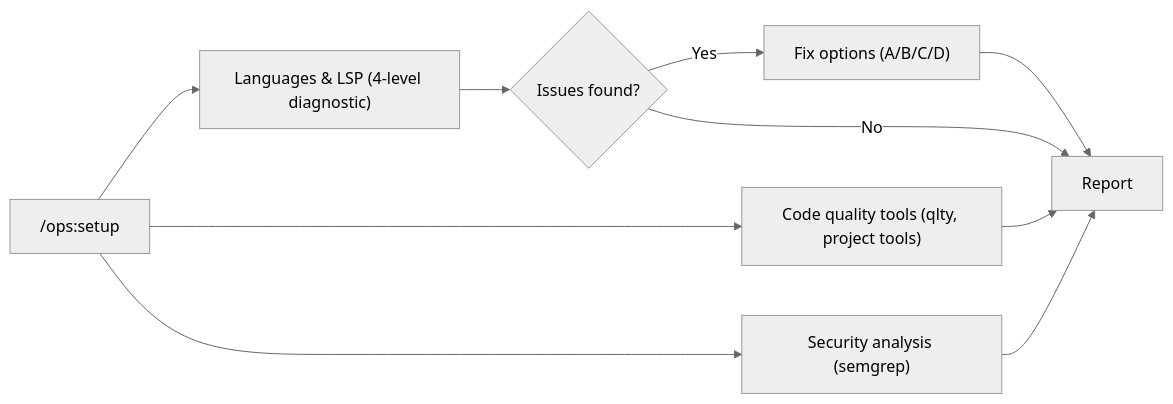
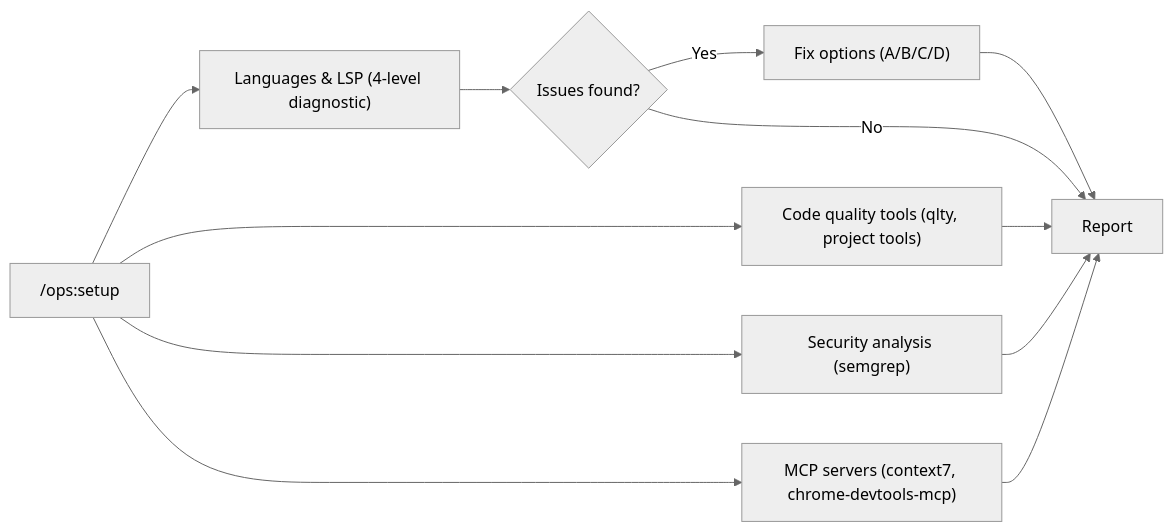
One commit to gigi206/ops changed diagram 14 of 15 in README.md. Above: the diagram before and after it, drawn with Mermaid (neutral theme). The commit also changed other lines of this file and 4 other files, not shown here.

First line of the commit message:
feat: MCP servers diagnostic, browser bug triage, spec no longer auto-committed

````diff
--- a/README.md
+++ b/README.md
@@ -654,12 +656,14 @@
 ```mermaid
 graph LR
     S["/ops:setup"] --> L["Languages & LSP (4-level diagnostic)"]
     S --> Q["Code quality tools (qlty, project tools)"]
     S --> SG["Security analysis (semgrep)"]
+    S --> MCP["MCP servers (context7, chrome-devtools-mcp)"]
     L --> D{"Issues found?"}
     D -->|Yes| O["Fix options (A/B/C/D)"]
     D -->|No| R["Report"]
     Q --> R
     SG --> R
+    MCP --> R
     O --> R
 ```
````
